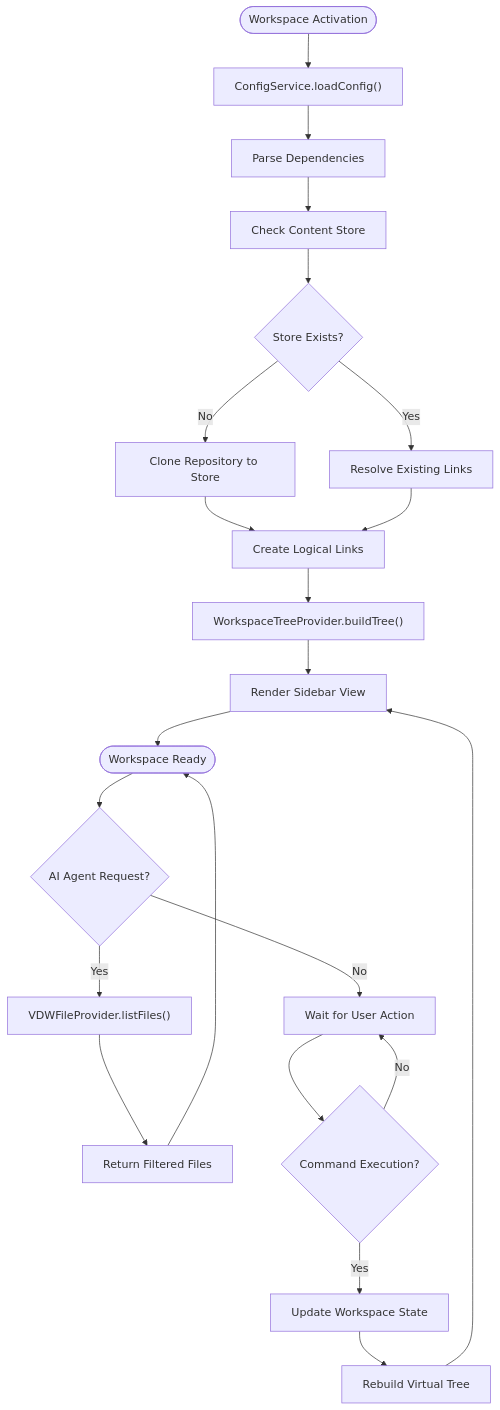
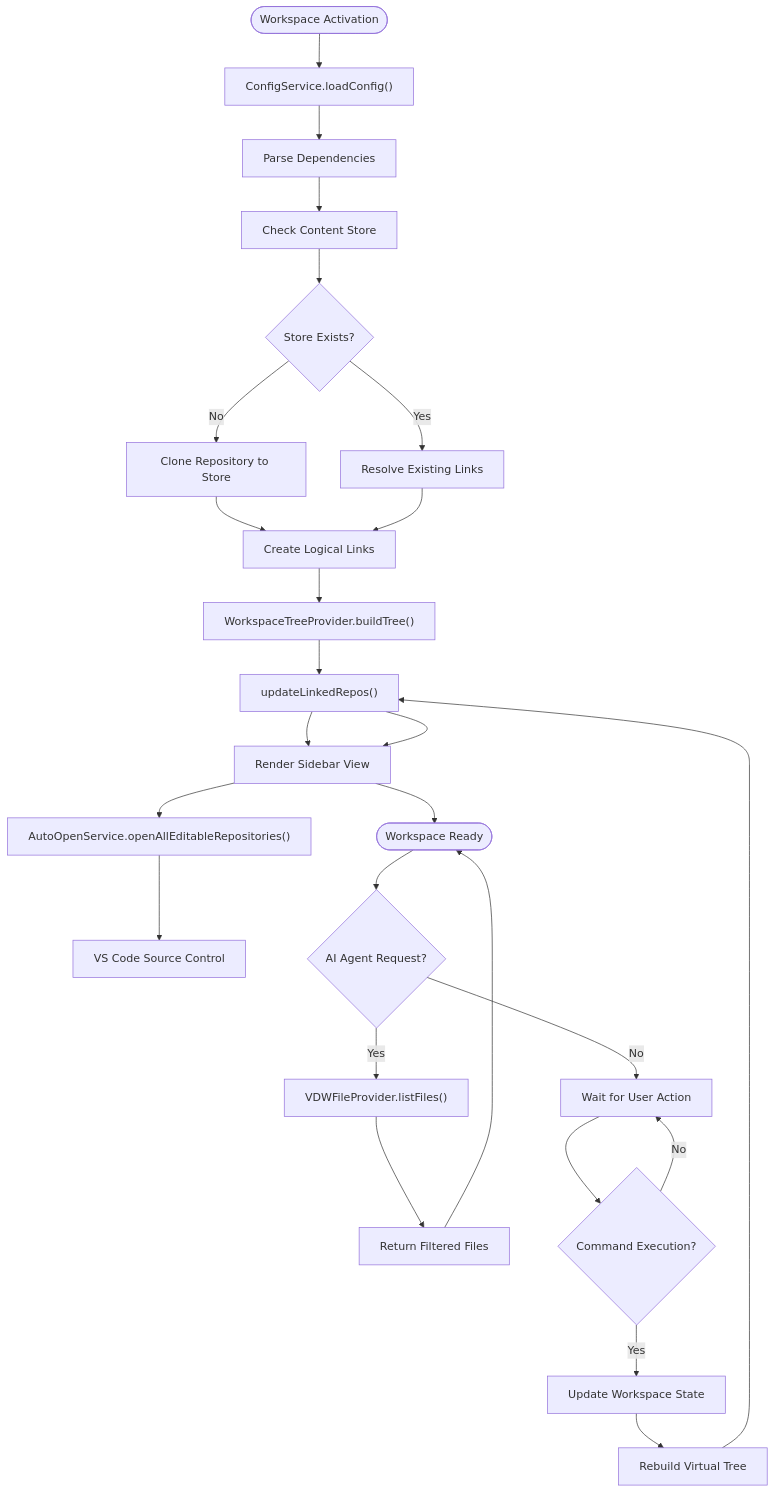
The third of 6 diagrams in .qoder/repowiki/en/content/Core Features Documentation/VS Code Plugin Bridge & IDE Integration.md (HWH-2019/vdw), drawn with Mermaid before and after one commit. The commit also changed other lines of this file and 12 other files, not shown here.

````diff
--- a/.qoder/repowiki/en/content/Core Features Documentation/VS Code Plugin Bridge & IDE Integration.md
+++ b/.qoder/repowiki/en/content/Core Features Documentation/VS Code Plugin Bridge & IDE Integration.md
@@ -245,24 +245,28 @@
 ```mermaid
 flowchart TD
 Start([Workspace Activation]) --> LoadConfig["ConfigService.loadConfig()"]
 LoadConfig --> ParseDeps["Parse Dependencies"]
 ParseDeps --> CheckStore["Check Content Store"]
 CheckStore --> StoreExists{"Store Exists?"}
 StoreExists --> |Yes| ResolveLinks["Resolve Existing Links"]
 StoreExists --> |No| CloneRepo["Clone Repository to Store"]
 CloneRepo --> CreateLinks["Create Logical Links"]
 ResolveLinks --> CreateLinks
 CreateLinks --> BuildTree["WorkspaceTreeProvider.buildTree()"]
-BuildTree --> RenderView["Render Sidebar View"]
+BuildTree --> UpdateLinkedRepos["updateLinkedRepos()"]
+UpdateLinkedRepos --> RenderView["Render Sidebar View"]
+RenderView --> AutoOpen["AutoOpenService.openAllEditableRepositories()"]
+AutoOpen --> VSCodeGit["VS Code Source Control"]
 RenderView --> Ready([Workspace Ready])
 Ready --> AIRequest{"AI Agent Request?"}
 AIRequest --> |Yes| FilterScope["VDWFileProvider.listFiles()"]
 AIRequest --> |No| WaitUser["Wait for User Action"]
 FilterScope --> ReturnFiles["Return Filtered Files"]
 ReturnFiles --> Ready
 WaitUser --> CommandExec{"Command Execution?"}
 CommandExec --> |Yes| UpdateWorkspace["Update Workspace State"]
 CommandExec --> |No| WaitUser
 UpdateWorkspace --> RebuildTree["Rebuild Virtual Tree"]
-RebuildTree --> RenderView
+RebuildTree --> UpdateLinkedRepos
+UpdateLinkedRepos --> RenderView
 ```
````
